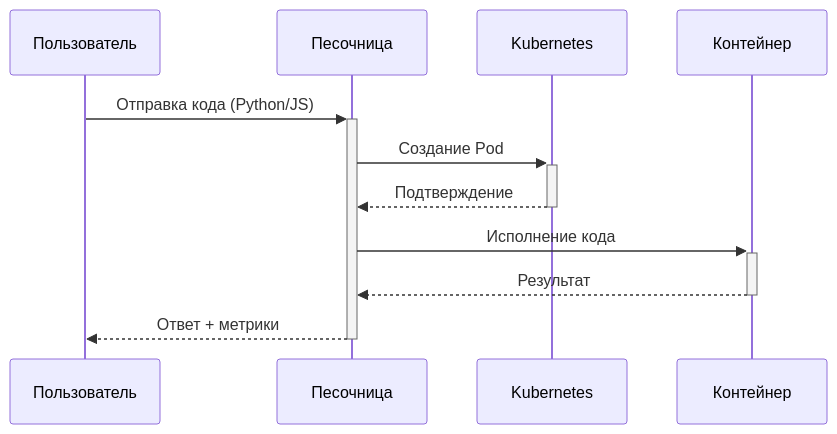
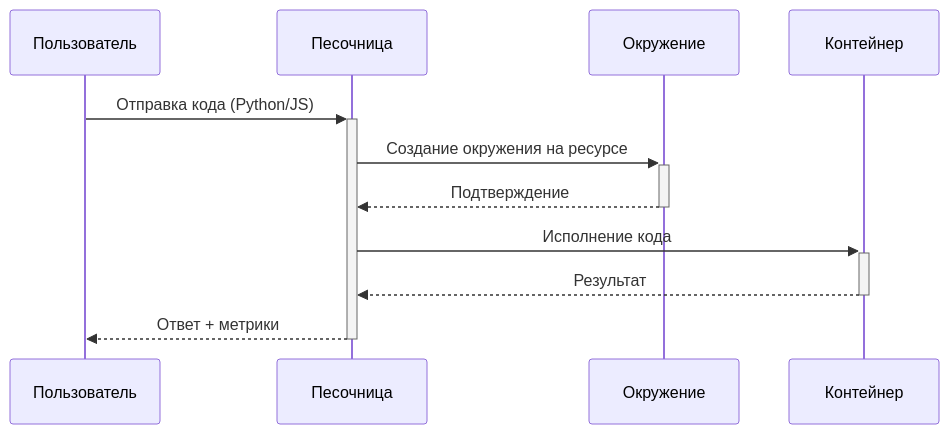
One commit to kat-spb/JustTests changed the third of 5 diagrams in arch_flexibility.md. Above: the diagram before and after it, drawn with Mermaid. The commit also changed other lines of this file, not shown here.

````diff
--- a/arch_flexibility.md
+++ b/arch_flexibility.md
@@ -48,9 +48,9 @@
 ```mermaid
 sequenceDiagram
     Пользователь->>+Песочница: Отправка кода (Python/JS)
-    Песочница->>+Kubernetes: Создание Pod
-    Kubernetes-->>-Песочница: Подтверждение
+    Песочница->>+Окружение: Создание окружения на ресурсе
+    Окружение-->>-Песочница: Подтверждение
     Песочница->>+Контейнер: Исполнение кода
     Контейнер-->>-Песочница: Результат
     Песочница-->>-Пользователь: Ответ + метрики
 ```
````
